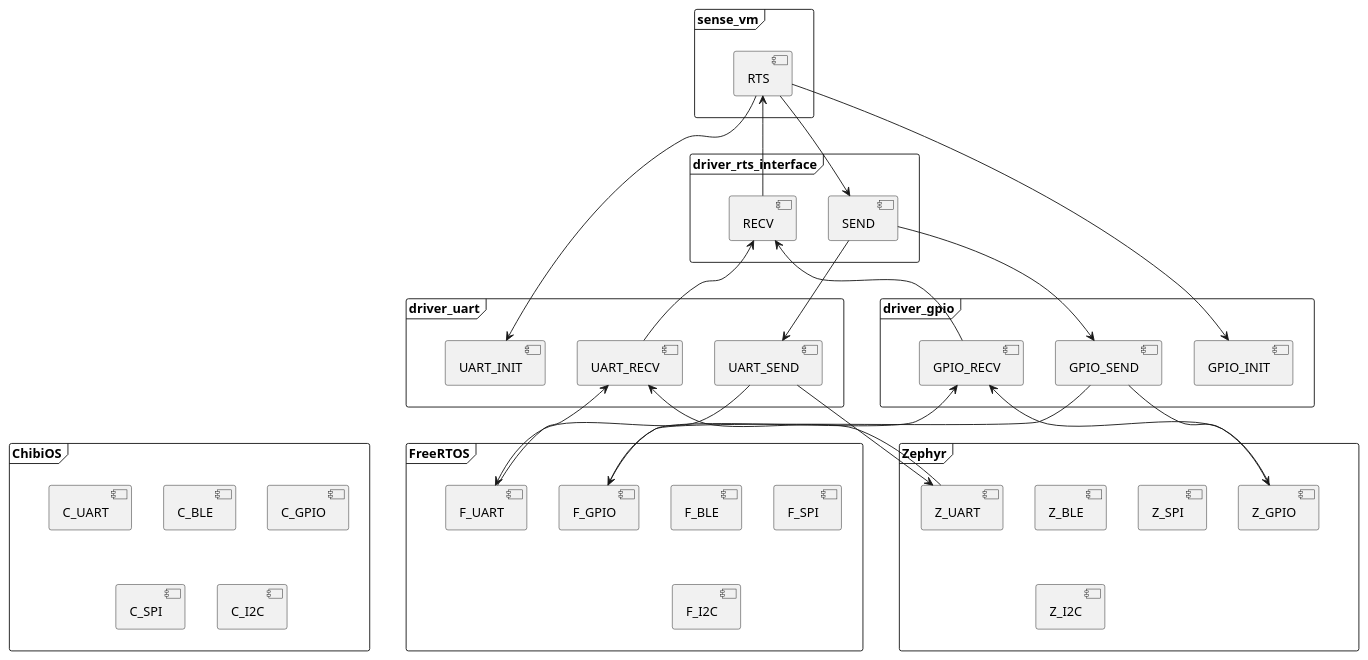
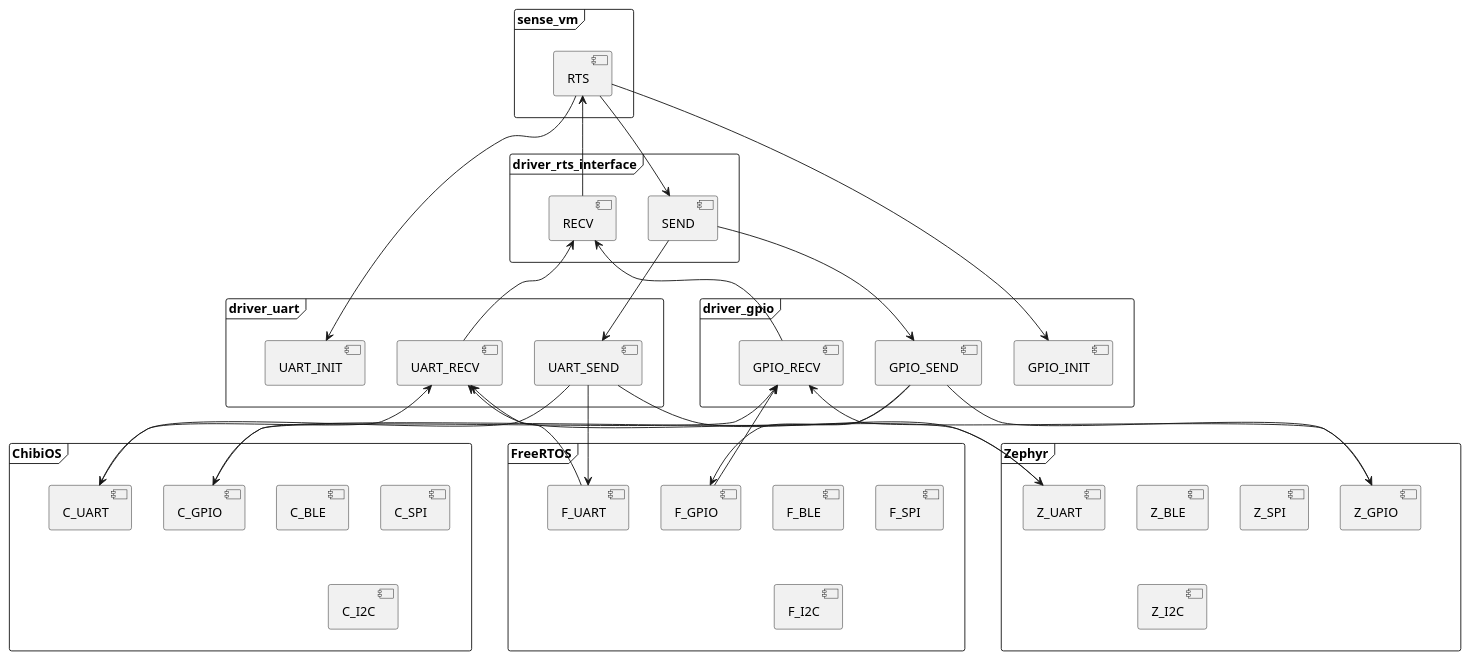
One commit to SynchronVM/SynchronVM changed the seventh of 7 diagrams in spec/architecture.md. Above: the diagram before and after it, drawn with PlantUML. The commit also changed 1 other file, not shown here.

Commit message:
tweak to arch document

````diff
--- a/spec/architecture.md
+++ b/spec/architecture.md
@@ -653,5 +653,14 @@
 	
 	[GPIO_SEND] --> [Z_GPIO]
 	[Z_GPIO] -> [GPIO_RECV]
-	
+
+	[GPIO_SEND] --> [C_GPIO]
+	[C_GPIO] --> [GPIO_RECV]
+
+	[UART_SEND] --> [C_UART] 
+	[C_UART] --> [UART_RECV]
+
+
+
+
 ``` 
````
